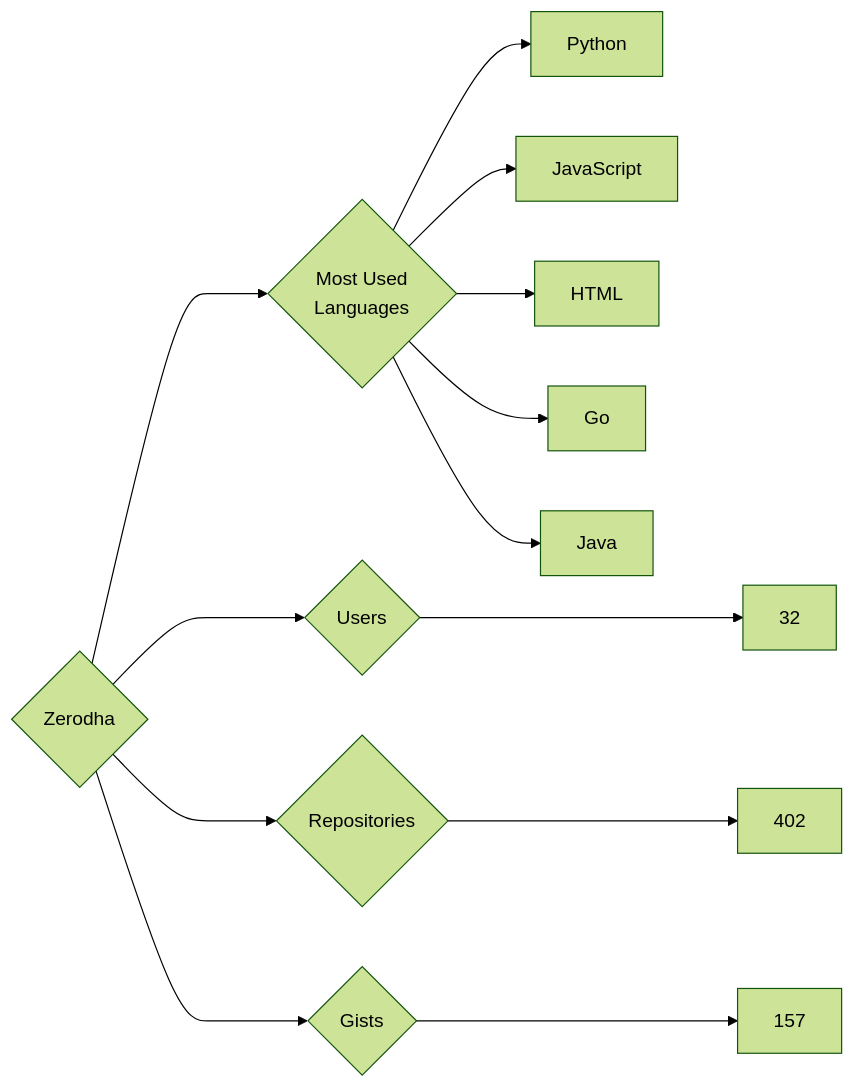
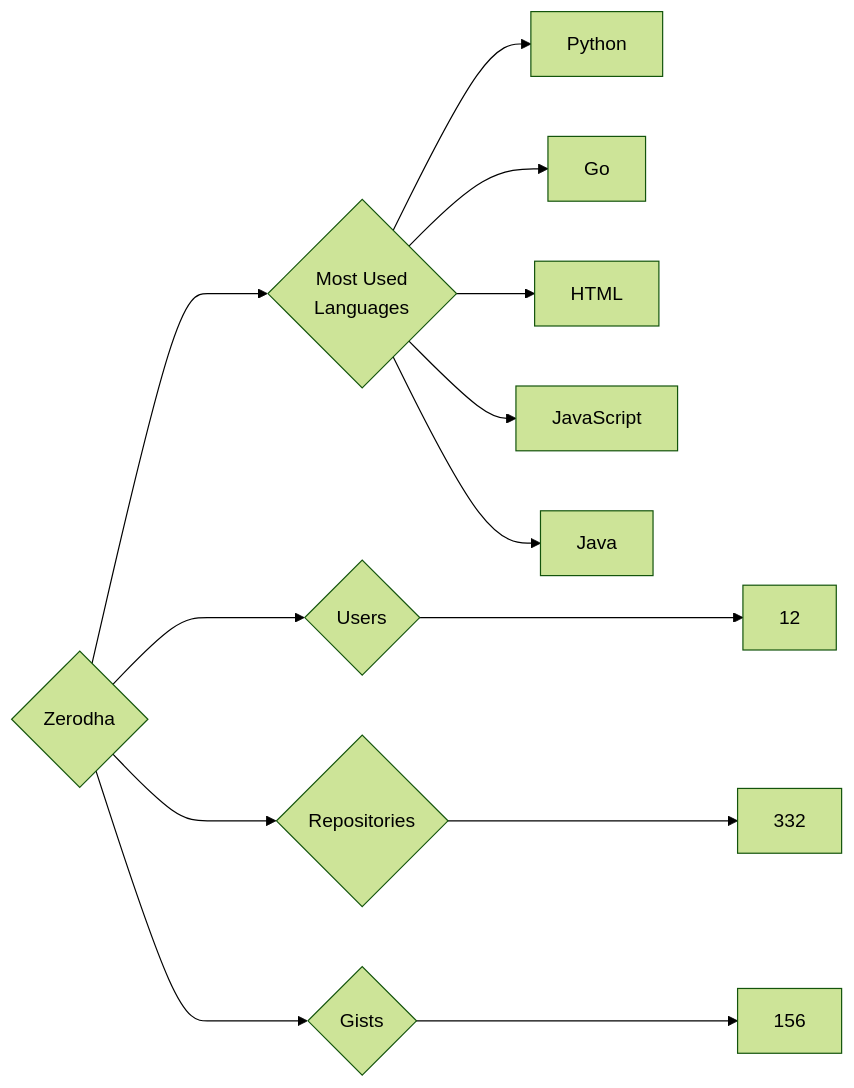
One commit to trickest/insiders changed the diagram in targets/Zerodha/README.md. Above: the diagram before and after it, drawn with Mermaid (forest theme). The commit also changed 940 other files, not shown here.

````diff
--- a/targets/Zerodha/README.md
+++ b/targets/Zerodha/README.md
@@ -3,13 +3,13 @@
 ```mermaid
 graph LR
 COMPANY_NAME{Zerodha}
-COMPANY_NAME ---> U{Users} ---> UN[32]
-COMPANY_NAME ---> R{Repositories} ---> RN[402]
-COMPANY_NAME ---> G{Gists} ---> GN[157]
+COMPANY_NAME ---> U{Users} ---> UN[12]
+COMPANY_NAME ---> R{Repositories} ---> RN[332]
+COMPANY_NAME ---> G{Gists} ---> GN[156]
 COMPANY_NAME ---> ML{Most Used<br>Languages}
 ML --> Python[Python]
+ML --> Go[Go]
+ML --> HTML[HTML]
 ML --> JavaScript[JavaScript]
-ML --> HTML[HTML]
-ML --> Go[Go]
 ML --> Java[Java]
 ```
````
